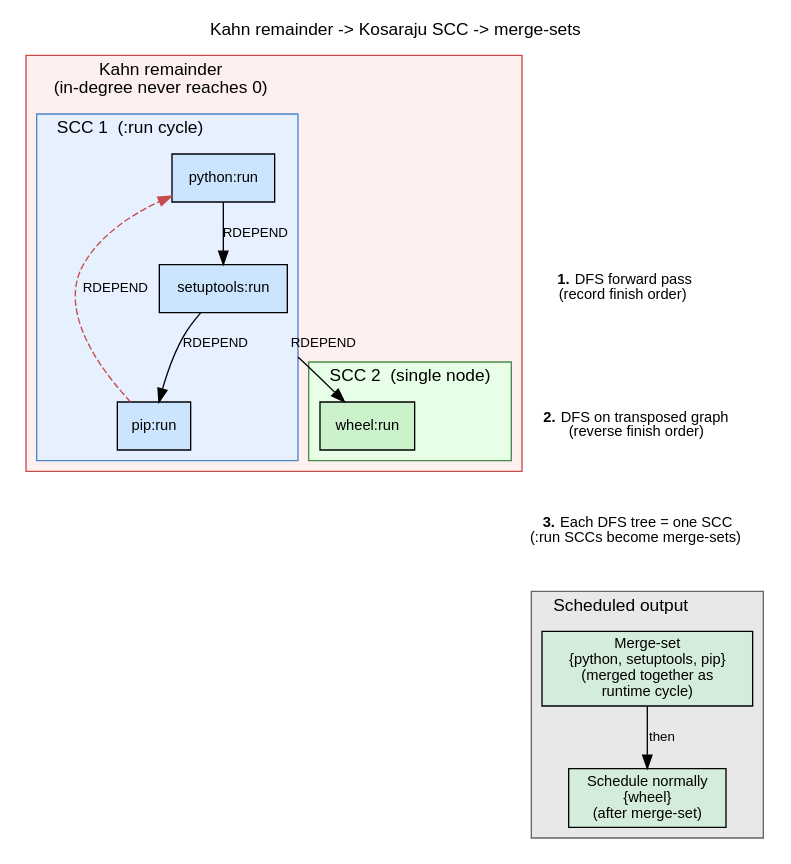
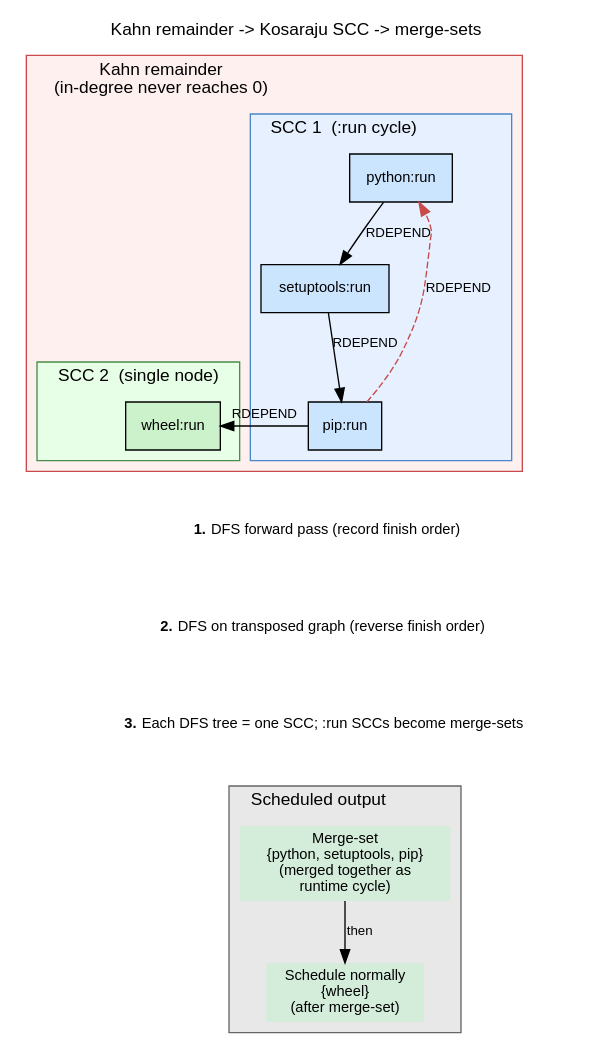
One commit to pvdabeel/portage-ng changed the diagram in Documentation/Handbook/Diagrams/12-scc-scheduling.dot. Above: the diagram before and after it, drawn with Graphviz. The commit also changed 7 other files, not shown here.

First line of the commit message:
Clean up handbook headings, fix merge list and SCC diagram layout

```diff
--- a/Documentation/Handbook/Diagrams/12-scc-scheduling.dot
+++ b/Documentation/Handbook/Diagrams/12-scc-scheduling.dot
@@ -1,83 +1,88 @@
 // Chapter 12 — SCC decomposition and merge-sets (Kosaraju)
 // Render: dot -Tsvg 12-scc-scheduling.dot -o 12-scc-scheduling.svg
 
 digraph scc_scheduling {
     rankdir=TB;
     fontname="Helvetica";
     fontsize=11;
     node [fontname="Helvetica", fontsize=11, style=filled, shape=box];
     edge [fontname="Helvetica", fontsize=10];
     compound=true;
+    newrank=true;
 
-    // Title
     label="Kahn remainder -> Kosaraju SCC -> merge-sets";
     labelloc=t;
     fontsize=13;
 
     // Kahn remainder (cyclic portion)
     subgraph cluster_remainder {
         label="Kahn remainder\n(in-degree never reaches 0)";
         labeljust=l;
         style=filled;
         fillcolor="#fff0f0";
         color="#c84a4a";
 
         // SCC 1: mutual runtime deps
         subgraph cluster_scc1 {
             label="SCC 1  (:run cycle)";
             labeljust=l;
             style=filled;
             fillcolor="#e6f0ff";
             color="#4a86c8";
 
             node [fillcolor="#cce5ff"];
             python_run [label="python:run"];
             setuptools_run [label="setuptools:run"];
             pip_run [label="pip:run"];
 
             python_run -> setuptools_run [label="RDEPEND"];
             setuptools_run -> pip_run [label="RDEPEND"];
             pip_run -> python_run [label="RDEPEND", style=dashed, color="#c84a4a"];
         }
 
         // SCC 2: single node (not truly cyclic)
         subgraph cluster_scc2 {
             label="SCC 2  (single node)";
             labeljust=l;
             style=filled;
             fillcolor="#e6ffe6";
             color="#4a8c4a";
 
             node [fillcolor="#ccf2cc"];
             wheel_run [label="wheel:run"];
         }
 
-        setuptools_run -> wheel_run [label="RDEPEND", ltail=cluster_scc1];
+        // Cross-cluster edge
+        pip_run -> wheel_run [label="RDEPEND"];
+
+        // Keep SCC 2 beside SCC 1
+        {rank=same; pip_run; wheel_run}
     }
+
+    // Kosaraju steps as a vertical sequence
+    node [shape=plaintext, fillcolor=white, style=""];
+    step1 [label=<<B>1.</B> DFS forward pass (record finish order)>];
+    step2 [label=<<B>2.</B> DFS on transposed graph (reverse finish order)>];
+    step3 [label=<<B>3.</B> Each DFS tree = one SCC; :run SCCs become merge-sets>];
+
+    step1 -> step2 -> step3 [style=invis];
 
     // Scheduling result
     subgraph cluster_result {
         label="Scheduled output";
         labeljust=l;
         style=filled;
         fillcolor="#e8e8e8";
         color="#666666";
 
-        node [fillcolor="#d4edda"];
+        node [fillcolor="#d4edda", style=filled];
         merge_set [label="Merge-set\n{python, setuptools, pip}\n(merged together as\nruntime cycle)"];
         single [label="Schedule normally\n{wheel}\n(after merge-set)"];
 
         merge_set -> single [label="then"];
     }
 
-    // Kosaraju steps
-    node [shape=plaintext, fillcolor=white];
-    step1 [label=<<B>1.</B> DFS forward pass<BR/>(record finish order)>];
-    step2 [label=<<B>2.</B> DFS on transposed graph<BR/>(reverse finish order)>];
-    step3 [label=<<B>3.</B> Each DFS tree = one SCC<BR/>(:run SCCs become merge-sets)>];
-
-    // Layout
-    python_run -> step1 [style=invis];
-    step1 -> step2 -> step3 [style=invis];
+    // Vertical flow: remainder -> steps -> result
+    pip_run -> step1 [style=invis];
     step3 -> merge_set [style=invis];
 }
```
